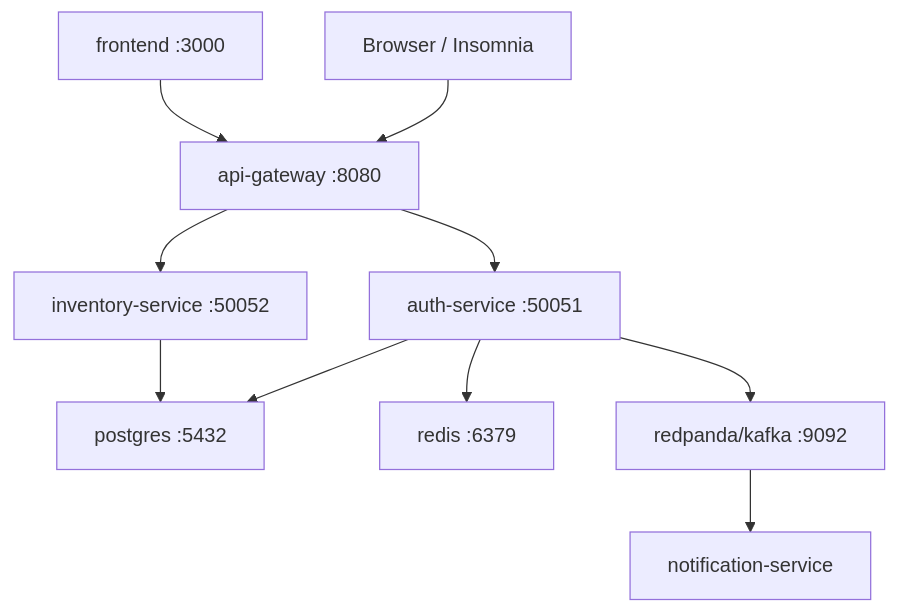
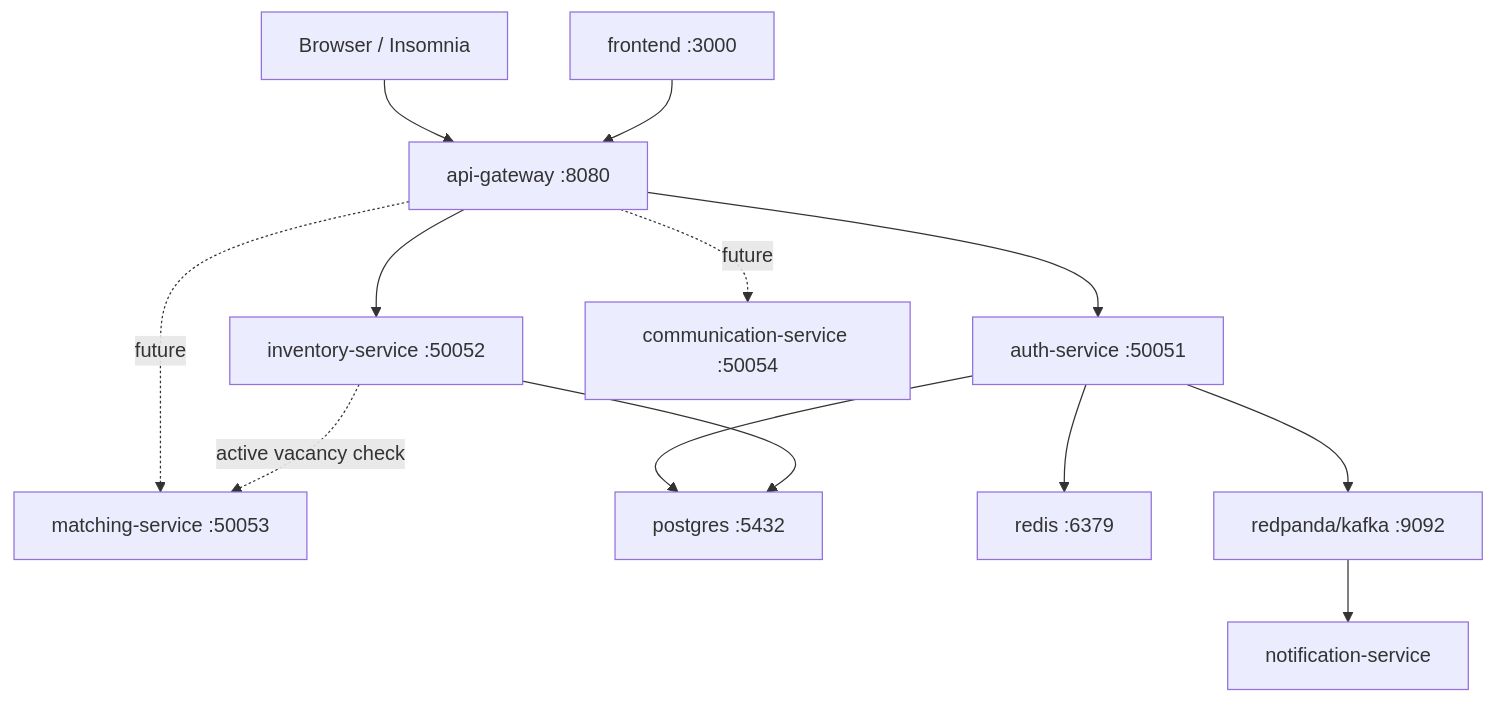
The second of 2 diagrams in docs/runtime-topology.md (tmcrypted/berusmenu), drawn with Mermaid before and after one commit. The commit also changed other lines of this file and 19 other files, not shown here.

````diff
--- a/docs/runtime-topology.md
+++ b/docs/runtime-topology.md
@@ -46,15 +46,18 @@
 ```mermaid
 flowchart TB
     Browser["Browser / Insomnia"] --> Gateway["api-gateway :8080"]
     Frontend["frontend :3000"] --> Gateway
 
     Gateway --> Auth["auth-service :50051"]
     Gateway --> Inventory["inventory-service :50052"]
+    Gateway -. future .-> Matching["matching-service :50053"]
+    Gateway -. future .-> Communication["communication-service :50054"]
 
     Auth --> Postgres["postgres :5432"]
     Inventory --> Postgres
+    Inventory -. active vacancy check .-> Matching
     Auth --> Redis["redis :6379"]
     Auth --> Kafka["redpanda/kafka :9092"]
 
     Kafka --> Notification["notification-service"]
 ```
````
